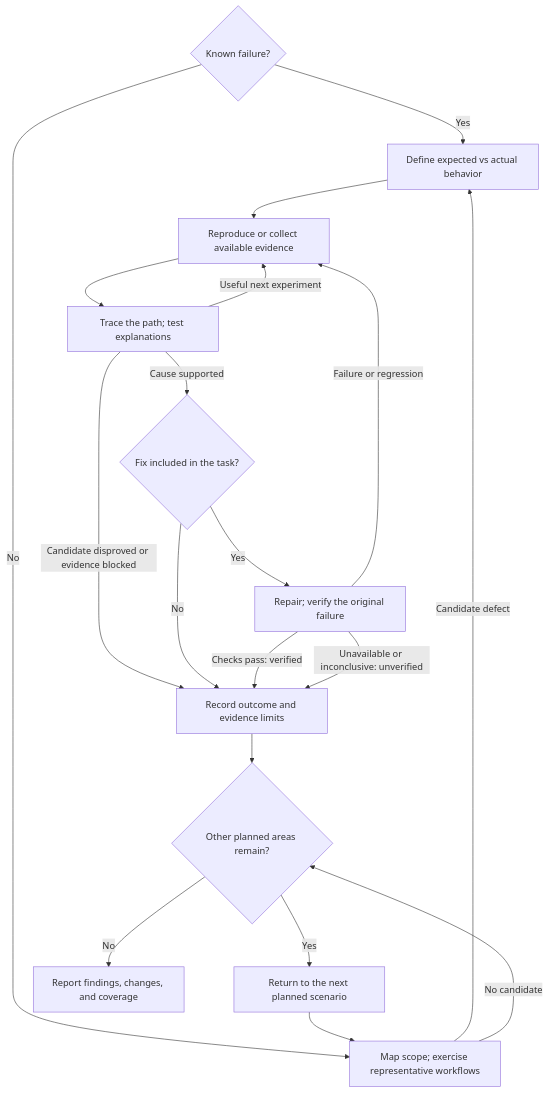
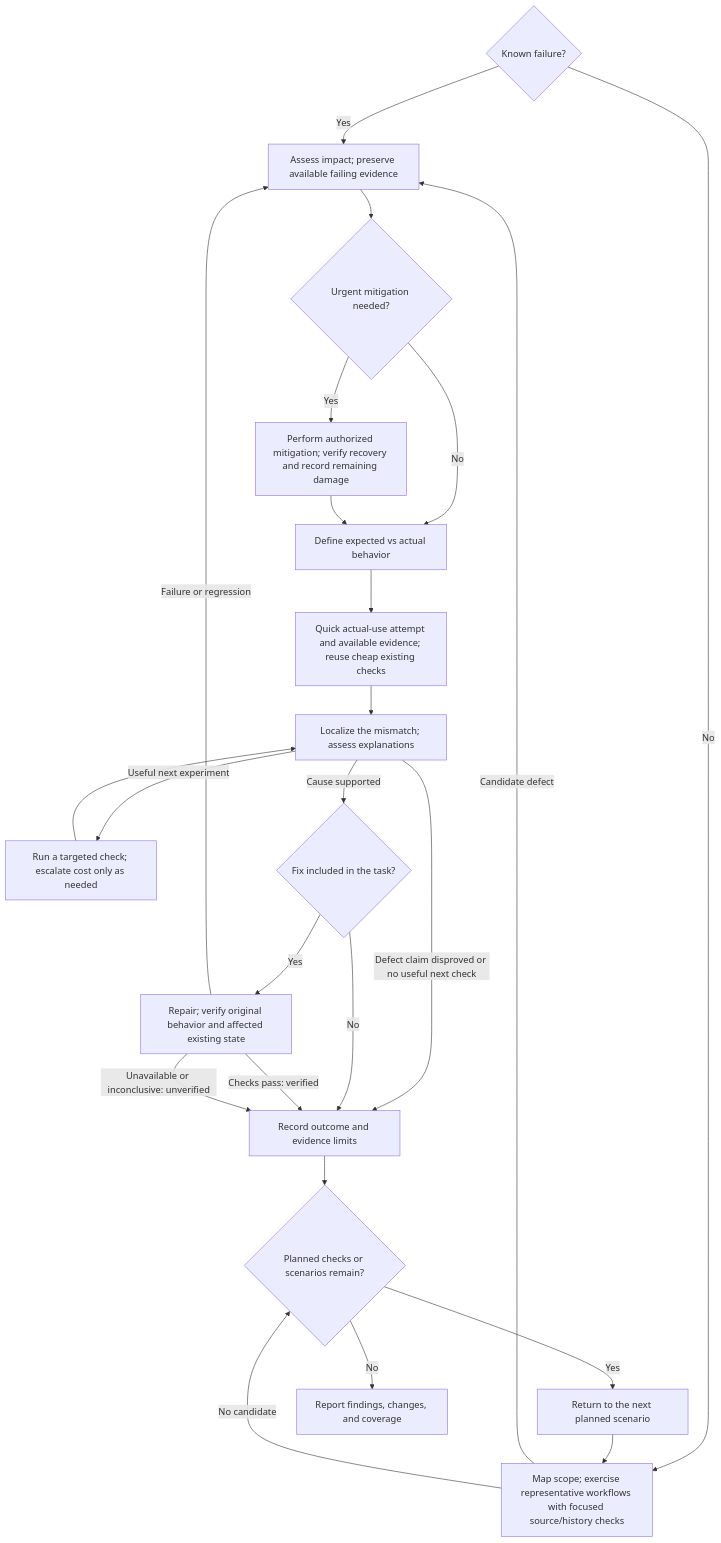
One commit to joshwoods/josh-skills changed the diagram in README.md. Above: the diagram before and after it, drawn with Mermaid. The commit also changed other lines of this file and 8 other files, not shown here.

Commit message:
Order bug workflows around urgency and evidence

````diff
--- a/README.md
+++ b/README.md
@@ -49,22 +49,27 @@
 ```mermaid
 flowchart TD
     A{"Known failure?"}
-    A -->|Yes| D["Define expected vs actual behavior"]
-    A -->|No| S["Map scope; exercise representative workflows"]
-    S -->|Candidate defect| D
-    S -->|No candidate| M{"Other planned areas remain?"}
-    D --> E["Reproduce or collect available evidence"]
-    E --> H["Trace the path; test explanations"]
-    H -->|Useful next experiment| E
+    A -->|Yes| I["Assess impact; preserve available failing evidence"]
+    I --> U{"Urgent mitigation needed?"}
+    U -->|Yes| T["Perform authorized mitigation; verify recovery and record remaining damage"]
+    U -->|No| D["Define expected vs actual behavior"]
+    T --> D
+    A -->|No| S["Map scope; exercise representative workflows with focused source/history checks"]
+    S -->|Candidate defect| I
+    S -->|No candidate| M{"Planned checks or scenarios remain?"}
+    D --> E["Quick actual-use attempt and available evidence; reuse cheap existing checks"]
+    E --> H["Localize the mismatch; assess explanations"]
+    H -->|Useful next experiment| X["Run a targeted check; escalate cost only as needed"]
+    X --> H
     H -->|Cause supported| F{"Fix included in the task?"}
-    H -->|Candidate disproved or evidence blocked| O["Record outcome and evidence limits"]
+    H -->|Defect claim disproved or no useful next check| O["Record outcome and evidence limits"]
     F -->|No| O
-    F -->|Yes| R["Repair; verify the original failure"]
-    R -->|Failure or regression| E
+    F -->|Yes| R["Repair; verify original behavior and affected existing state"]
+    R -->|Failure or regression| I
     R -->|Checks pass: verified| O
     R -->|Unavailable or inconclusive: unverified| O
     O --> M
     M -->|Yes| N["Return to the next planned scenario"]
     N --> S
     M -->|No| Z["Report findings, changes, and coverage"]
 ```
````
